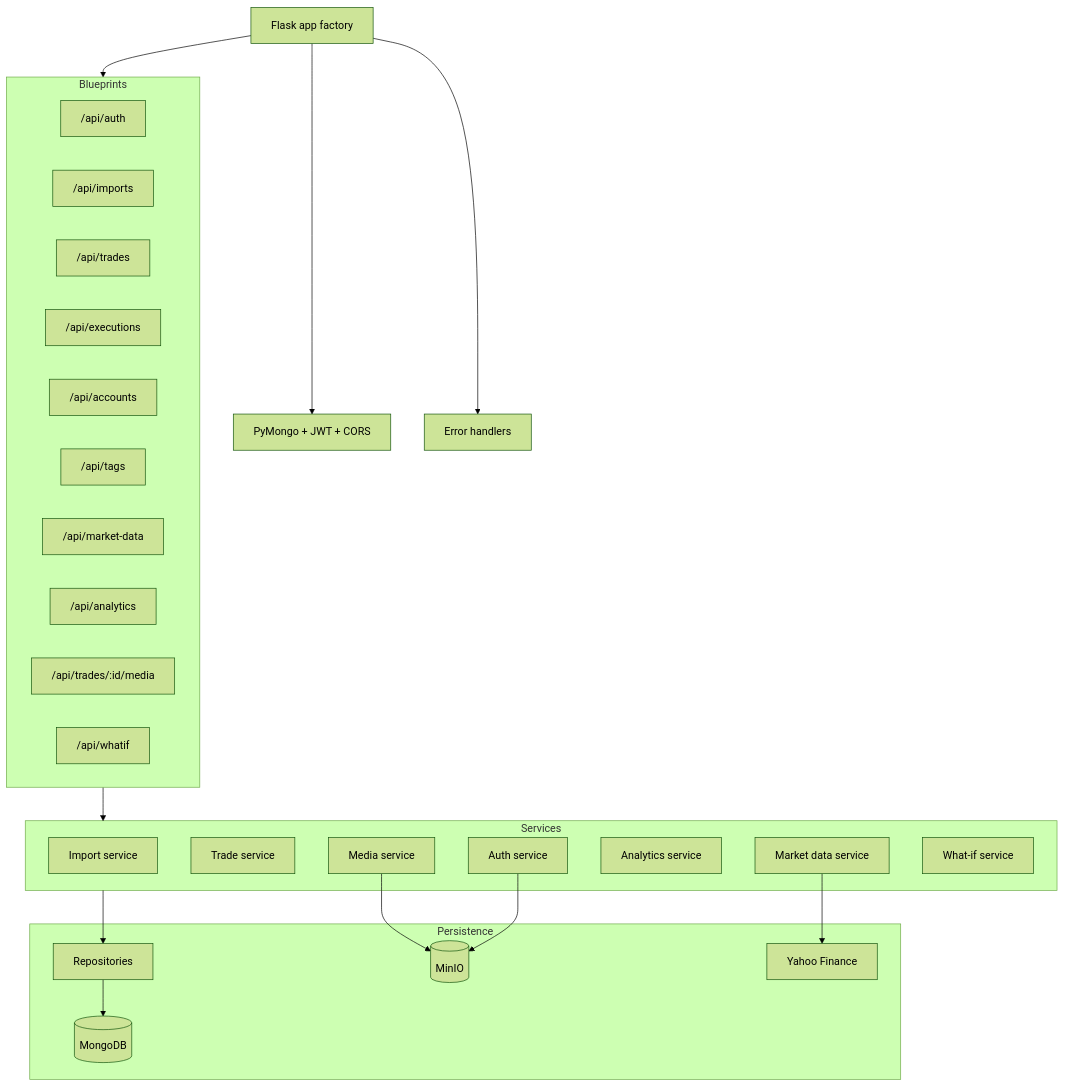
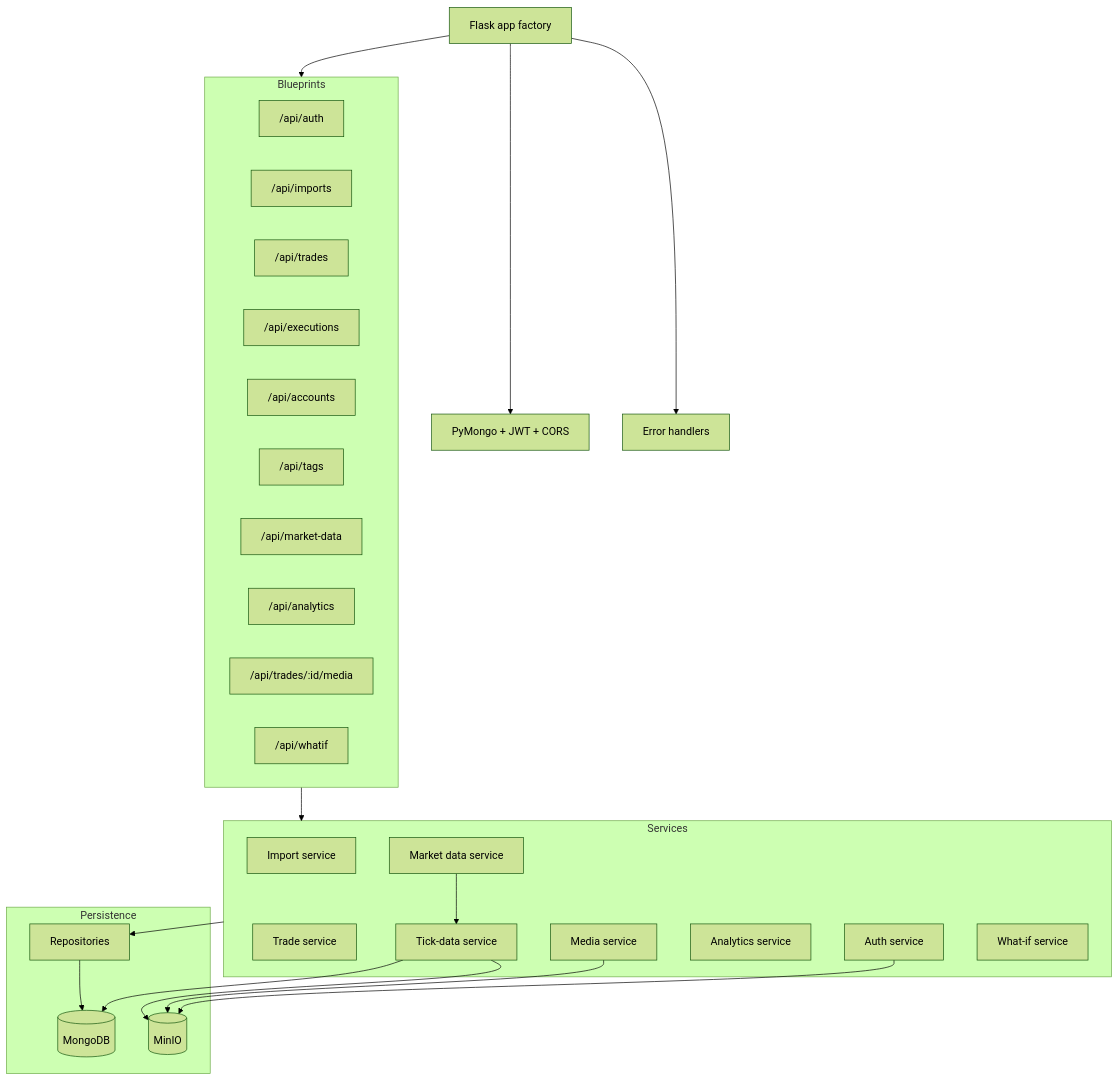
The first of 7 diagrams in docs/architecture/backend.md (diridevelops/JanusEdge), drawn with Mermaid (forest theme) before and after one commit. The commit also changed other lines of this file and 60 other files, not shown here.

Commit message:
Import market data from NinjaTrader history export

````diff
--- a/docs/architecture/backend.md
+++ b/docs/architecture/backend.md
@@ -17,46 +17,48 @@
 ```mermaid
 graph TB
 	App[Flask app factory]
 	Extensions[PyMongo + JWT + CORS]
 	Errors[Error handlers]
 
 	subgraph Blueprints
 		Auth["/api/auth"]
 		Imports["/api/imports"]
 		Trades["/api/trades"]
 		Executions["/api/executions"]
 		Accounts["/api/accounts"]
 		Tags["/api/tags"]
 		Market["/api/market-data"]
 		Analytics["/api/analytics"]
 		Media["/api/trades/:id/media"]
 		WhatIf["/api/whatif"]
 	end
 
 	subgraph Services
 		ImportSvc[Import service]
 		TradeSvc[Trade service]
 		AuthSvc[Auth service]
 		MarketSvc[Market data service]
+		TickDataSvc[Tick-data service]
 		AnalyticsSvc[Analytics service]
 		MediaSvc[Media service]
 		WhatIfSvc[What-if service]
 	end
 
 	subgraph Persistence
 		Repos[Repositories]
 		Mongo[(MongoDB)]
 		MinIO[(MinIO)]
-		Yahoo[Yahoo Finance]
 	end
 
 	App --> Extensions
 	App --> Errors
 	App --> Blueprints
 	Blueprints --> Services
 	Services --> Repos
 	Repos --> Mongo
-	MarketSvc --> Yahoo
+	MarketSvc --> TickDataSvc
+	TickDataSvc --> MinIO
+	TickDataSvc --> Mongo
 	MediaSvc --> MinIO
 	AuthSvc --> MinIO
 ```
````
